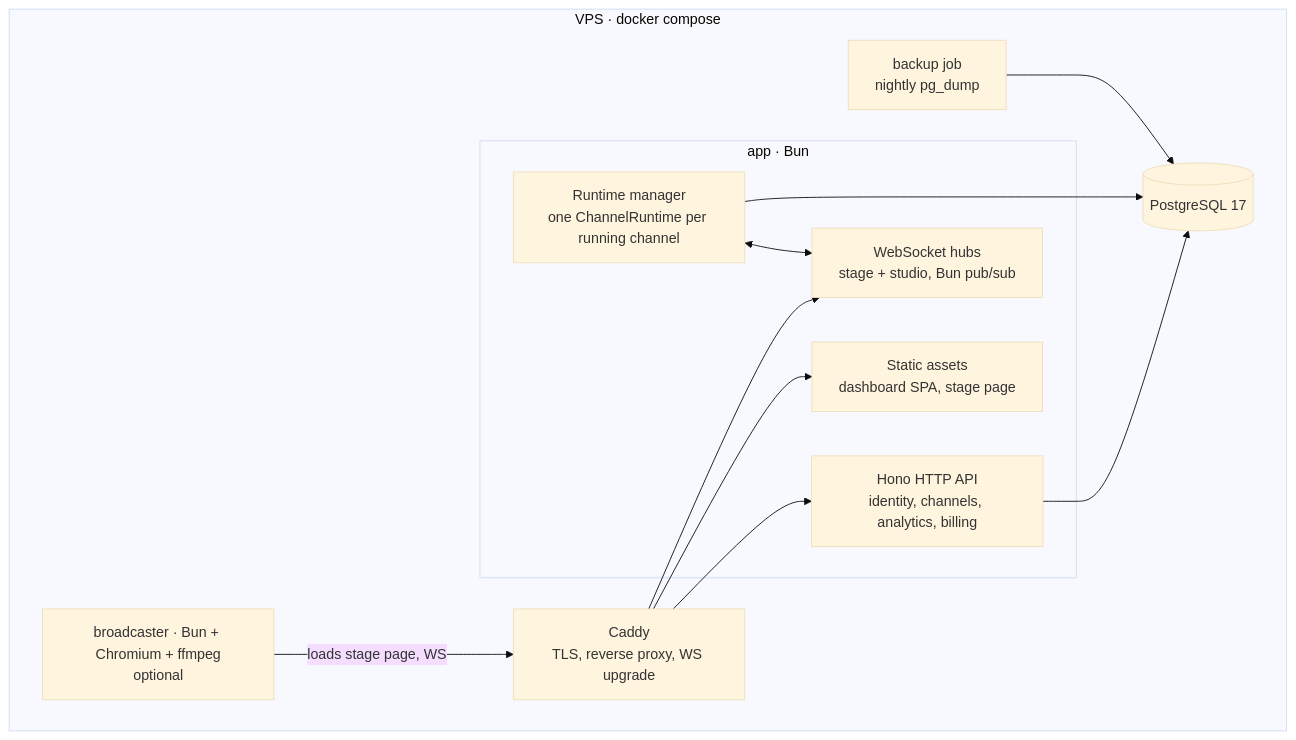
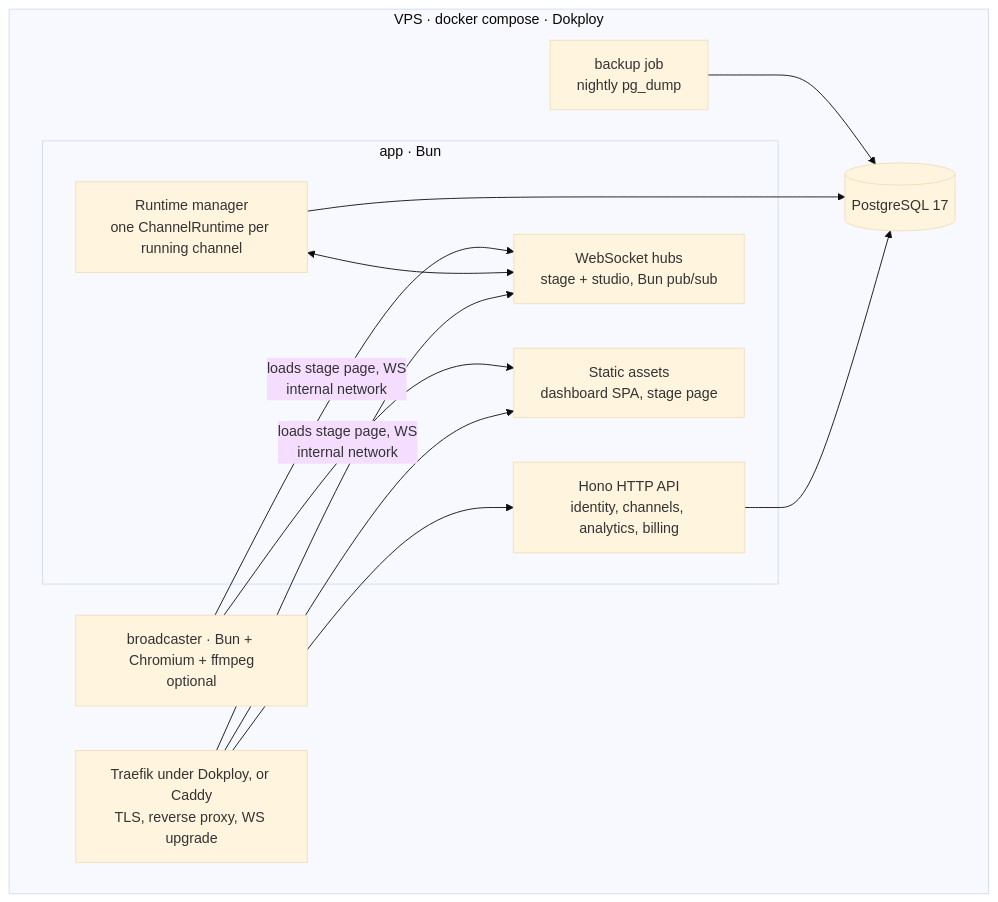
One commit to mariajunqueiramirandas-cpu/tik-live changed the second of 6 diagrams in docs/architecture/overview.md. Above: the diagram before and after it, drawn with Mermaid (base theme). The commit also changed other lines of this file and 13 other files, not shown here.

````diff
--- a/docs/architecture/overview.md
+++ b/docs/architecture/overview.md
@@ -98,21 +98,21 @@
 ```mermaid
 flowchart TB
-  subgraph vps[VPS · docker compose]
-    caddy[Caddy<br/>TLS, reverse proxy, WS upgrade]
+  subgraph vps[VPS · docker compose · Dokploy]
+    caddy[Traefik under Dokploy, or Caddy<br/>TLS, reverse proxy, WS upgrade]
     subgraph app[app · Bun]
       hono[Hono HTTP API<br/>identity, channels, analytics, billing]
       ws[WebSocket hubs<br/>stage + studio, Bun pub/sub]
       rm[Runtime manager<br/>one ChannelRuntime per running channel]
       static[Static assets<br/>dashboard SPA, stage page]
     end
     bc[broadcaster · Bun + Chromium + ffmpeg<br/>optional]
     db[(PostgreSQL 17)]
     backup[backup job<br/>nightly pg_dump]
   end
   caddy --> hono & ws & static
   hono --> db
   rm --> db
   rm <--> ws
-  bc -- loads stage page, WS --> caddy
+  bc -- loads stage page, WS<br/>internal network --> static & ws
   backup --> db
 ```
````
